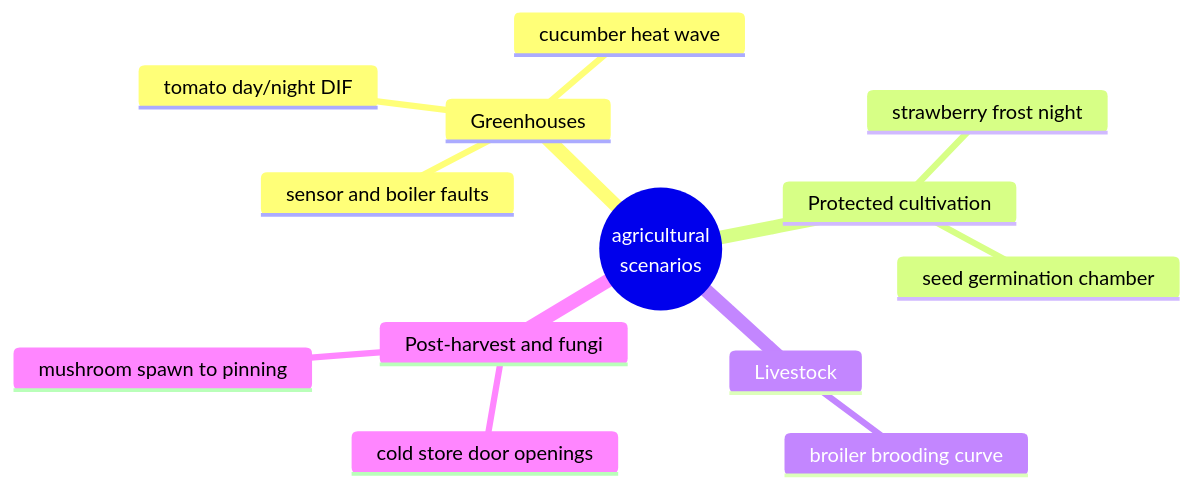
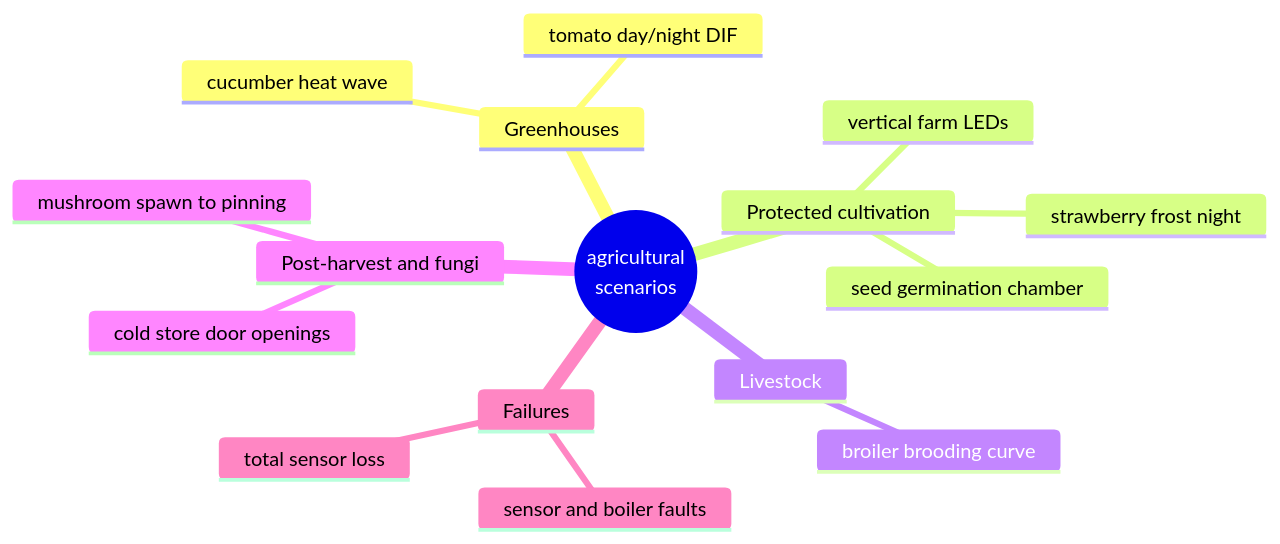
The sixth of 12 diagrams in README.md (basheeraltawil/Temperature-control-using-fuzzy-logic), drawn with Mermaid before and after one commit. The commit also changed other lines of this file and 71 other files, not shown here.

````diff
--- a/README.md
+++ b/README.md
@@ -207,16 +217,19 @@
 ```mermaid
 mindmap
   root((agricultural<br/>scenarios))
     Greenhouses
       tomato day/night DIF
       cucumber heat wave
-      sensor and boiler faults
     Protected cultivation
       strawberry frost night
       seed germination chamber
+      vertical farm LEDs
     Livestock
       broiler brooding curve
     Post-harvest and fungi
       cold store door openings
       mushroom spawn to pinning
+    Failures
+      sensor and boiler faults
+      total sensor loss
 ```
````
